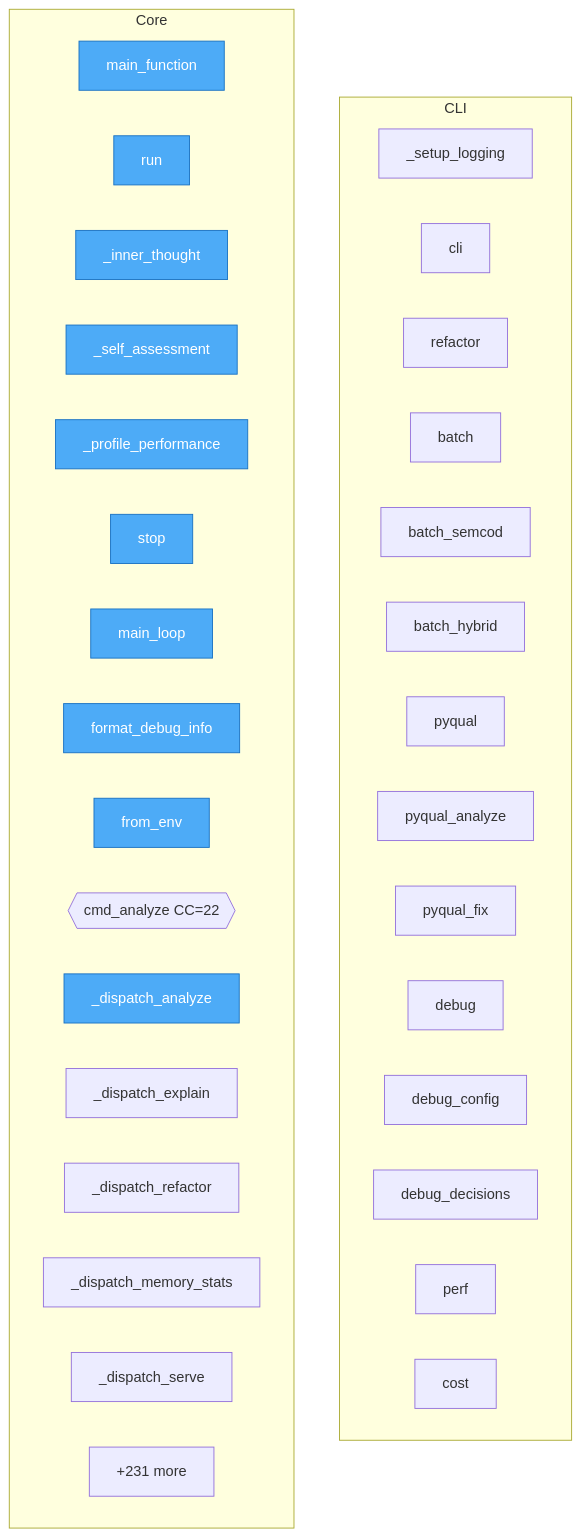
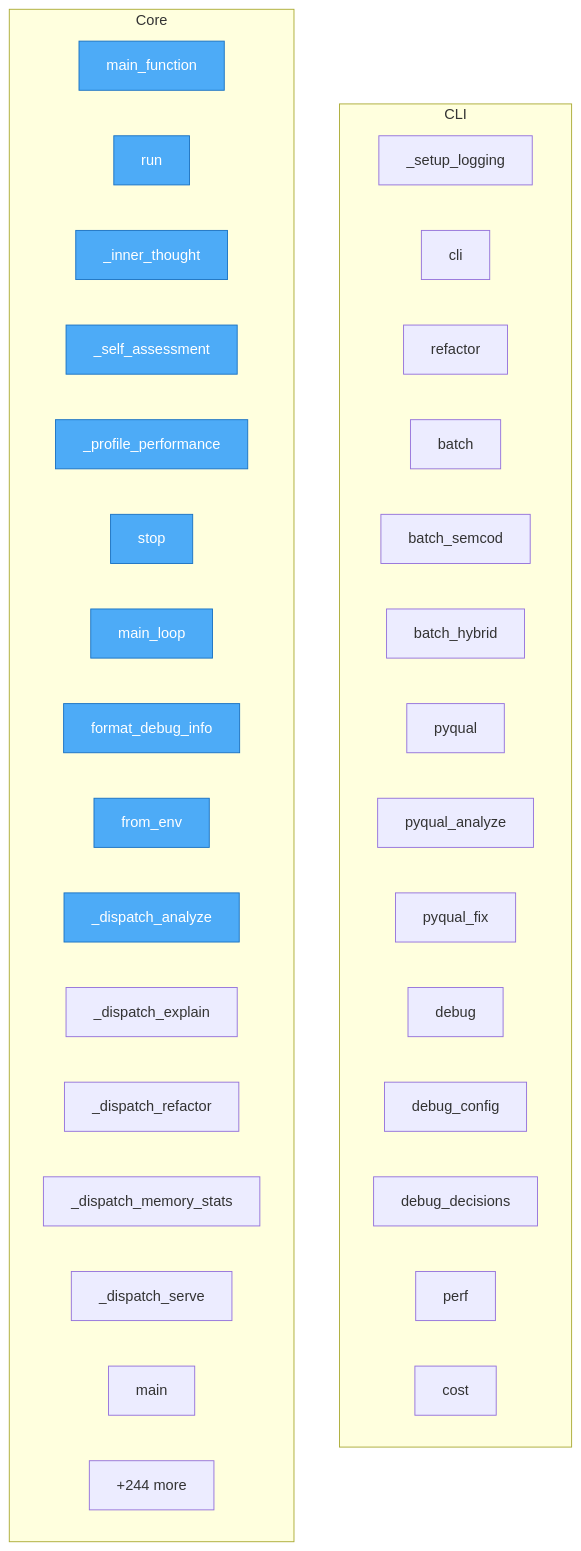
One commit to wronai/redsl changed the diagram in project/flow.mmd. Above: the diagram before and after it, drawn with Mermaid. The commit also changed 30 other files, not shown here.

```diff
--- a/project/flow.mmd
+++ b/project/flow.mmd
@@ -1,42 +1,42 @@
 flowchart TD
 
     %% Entry points (blue)
     classDef entry fill:#4dabf7,stroke:#1971c2,color:#fff
 
     subgraph CLI
         redsl__cli___setup_logging["_setup_logging"]
         redsl__cli__cli["cli"]
         redsl__cli__refactor["refactor"]
         redsl__cli__batch["batch"]
         redsl__cli__batch_semcod["batch_semcod"]
         redsl__cli__batch_hybrid["batch_hybrid"]
         redsl__cli__pyqual["pyqual"]
         redsl__cli__pyqual_analyze["pyqual_analyze"]
         redsl__cli__pyqual_fix["pyqual_fix"]
         redsl__cli__debug["debug"]
         redsl__cli__debug_config["debug_config"]
         redsl__cli__debug_decisions["debug_decisions"]
         redsl__cli__perf["perf"]
         redsl__cli__cost["cost"]
     end
 
     subgraph Core
         refactor_output__refactor_extract_functions_20260407_143102__00_app__models__main_function["main_function"]
         redsl__consciousness_loop__ConsciousnessLoop__run["run"]
         redsl__consciousness_loop__ConsciousnessLoop___inner_thought["_inner_thought"]
         redsl__consciousness_loop__ConsciousnessLoop___self_assessment["_self_assessment"]
         redsl__consciousness_loop__ConsciousnessLoop___profile_performance["_profile_performance"]
         redsl__consciousness_loop__ConsciousnessLoop__stop["stop"]
         redsl__consciousness_loop__main_loop["main_loop"]
         redsl__formatters__format_debug_info["format_debug_info"]
         redsl__config__AgentConfig__from_env["from_env"]
-        redsl__main__cmd_analyze{{cmd_analyze CC=22}}
         redsl__main___dispatch_analyze["_dispatch_analyze"]
         redsl__main___dispatch_explain["_dispatch_explain"]
         redsl__main___dispatch_refactor["_dispatch_refactor"]
         redsl__main___dispatch_memory_stats["_dispatch_memory_stats"]
         redsl__main___dispatch_serve["_dispatch_serve"]
-        ...["+231 more"]
+        redsl__main__main["main"]
+        ...["+244 more"]
     end
 
     class refactor_output__refactor_extract_functions_20260407_143102__00_app__models__main_function,redsl__consciousness_loop__ConsciousnessLoop__run,redsl__consciousness_loop__ConsciousnessLoop___inner_thought,redsl__consciousness_loop__ConsciousnessLoop___self_assessment,redsl__consciousness_loop__ConsciousnessLoop___profile_performance,redsl__consciousness_loop__ConsciousnessLoop__stop,redsl__consciousness_loop__main_loop,redsl__formatters__format_debug_info,redsl__config__AgentConfig__from_env,redsl__main___dispatch_analyze entry
```
